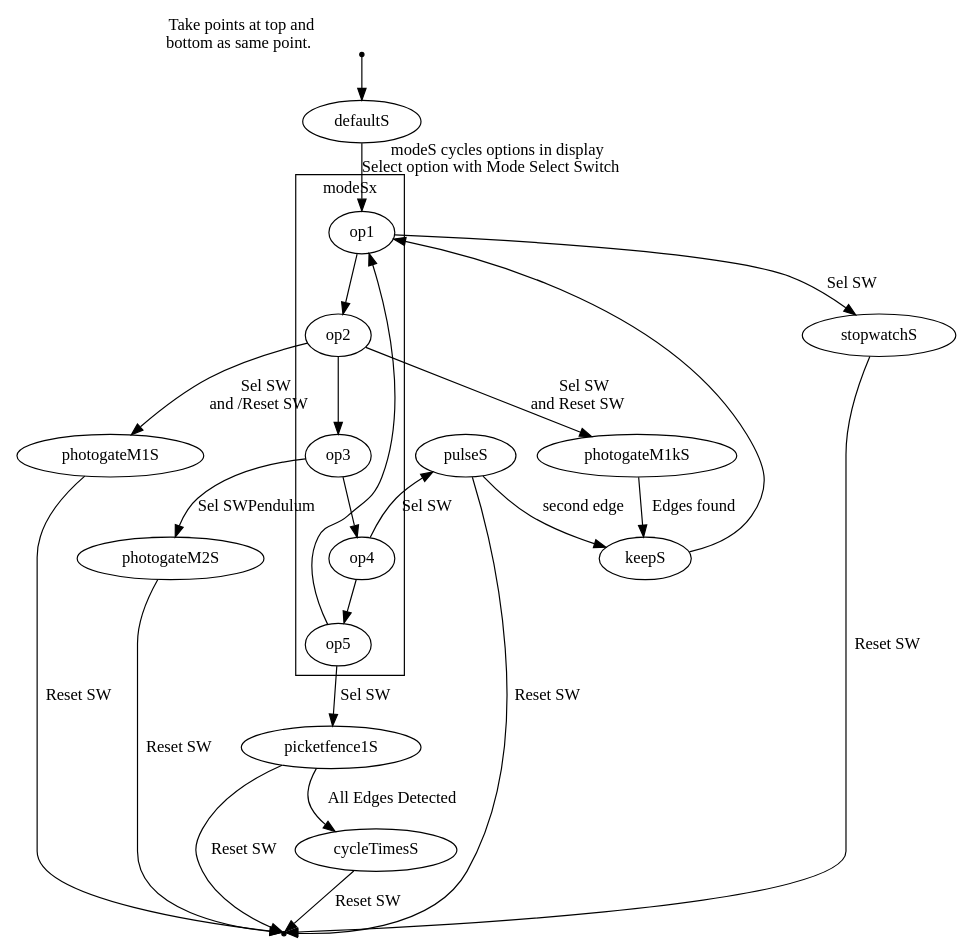
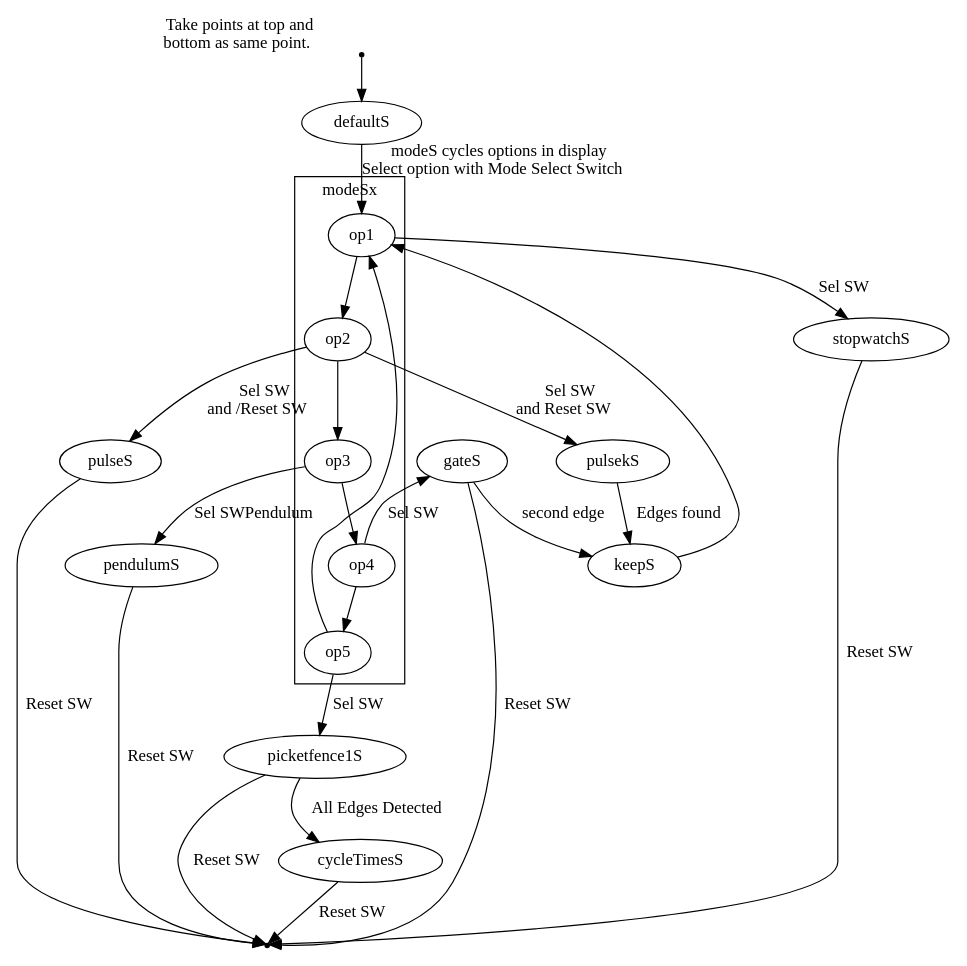
Before and after one commit to danpeirce/photogate-box-ssd1306term: the diagram in pickmode.gv, drawn with Graphviz. The commit also changed 8 other files, not shown here.

```diff
--- a/pickmode.gv
+++ b/pickmode.gv
@@ -1,43 +1,43 @@
 digraph finite_state_machine {
         //rankdir=LR;
         size="8,10"
         //graph [ranksep="0.525", nodesep="0.5"];
         start [shape=point, xlabel=<Take points at top and<br /> bottom as same point.>];
 	end [shape=point];
         //node [shape = circle];
         start -> defaultS
         defaultS -> op1 [ xlabel = <modeS cycles options in display<br />Select option with Mode Select Switch> ]
         
         op1 -> stopwatchS [ label = "Sel SW"]
         stopwatchS -> end [ label = "Reset SW" ]
-        op2 -> photogateM1S [ label = <Sel SW<br />and /Reset SW> ]
-        op2 -> photogateM1kS [ label = <Sel SW<br />and Reset SW> ]
-        photogateM1S -> end [ label = "Reset SW" ]
-        photogateM1kS -> keepS [ label = "Edges found" ]
-        op3 -> photogateM2S [ label = <Sel SWPendulum> ]
-        photogateM2S -> end [ label = "Reset SW" ]
-        op4 -> pulseS [ label = "Sel SW" ]
+        op2 -> pulseS [ label = <Sel SW<br />and /Reset SW> ]
+        op2 -> pulsekS [ label = <Sel SW<br />and Reset SW> ]
         pulseS -> end [ label = "Reset SW" ]
-        pulseS -> keepS [label = "second edge" ]
+        pulsekS -> keepS [ label = "Edges found" ]
+        op3 -> pendulumS [ label = <Sel SWPendulum> ]
+        pendulumS -> end [ label = "Reset SW" ]
+        op4 -> gateS [ label = "Sel SW" ]
+        gateS -> end [ label = "Reset SW" ]
+        gateS -> keepS [label = "second edge" ]
         keepS -> op1;
         op5 -> picketfence1S [ label = "Sel SW" ]
         picketfence1S -> end [ label = "Reset SW" ]
         picketfence1S -> cycleTimesS [ label = "All Edges Detected" ]
         cycleTimesS -> end [ label = "Reset SW" ]
         subgraph cluster_mode {
                  rankdir=TB;
                  node [shape = circle];
                  op1 -> op2;
                  op2 -> op3;
                  op3 -> op4;
                  op4 -> op5;
                  op5 -> op1;
                  label = "modeSx";
                  
         } 
         
 }
 
 /*
 dot -Tpng pickmode.gv -o pickmode.png
 */
```
